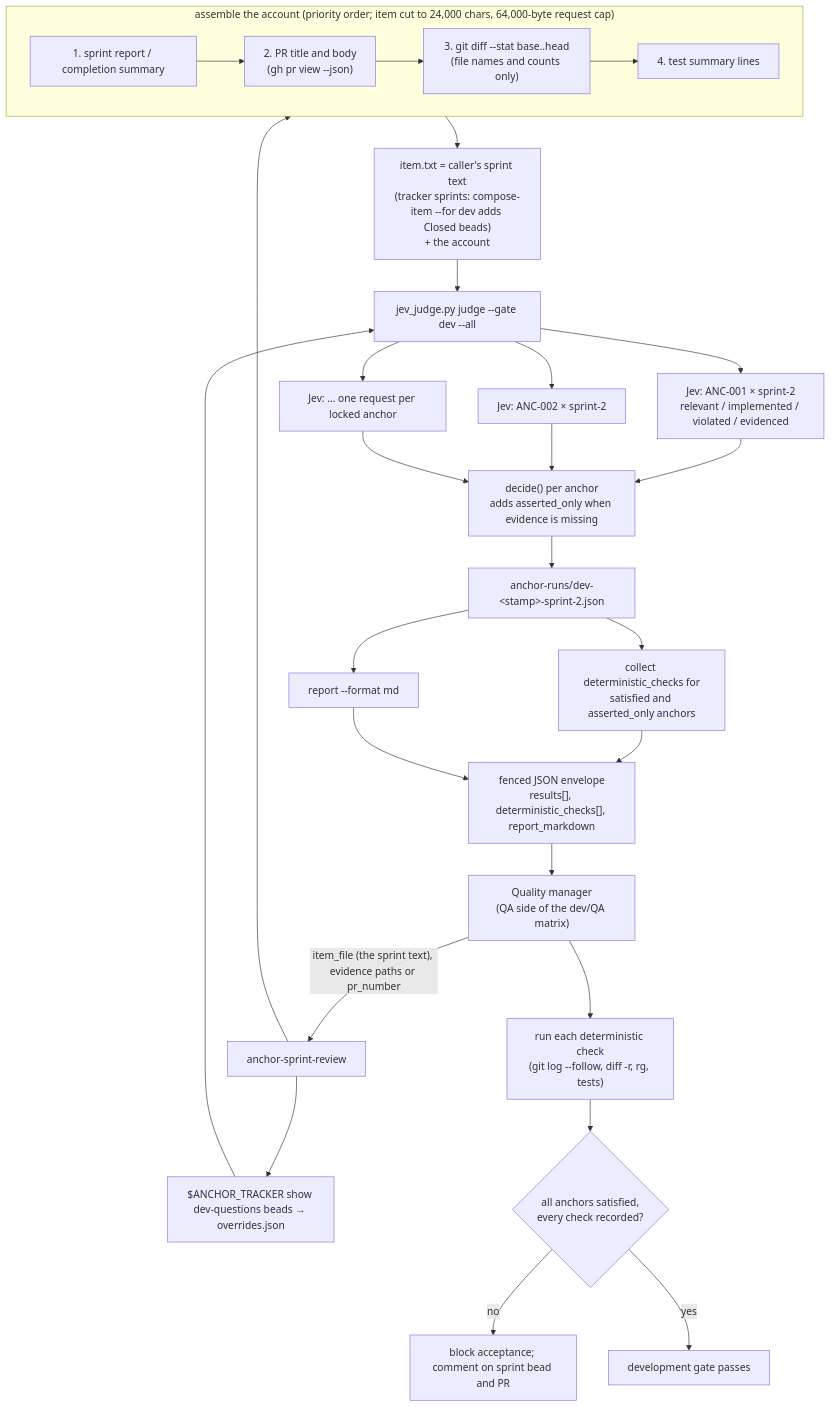
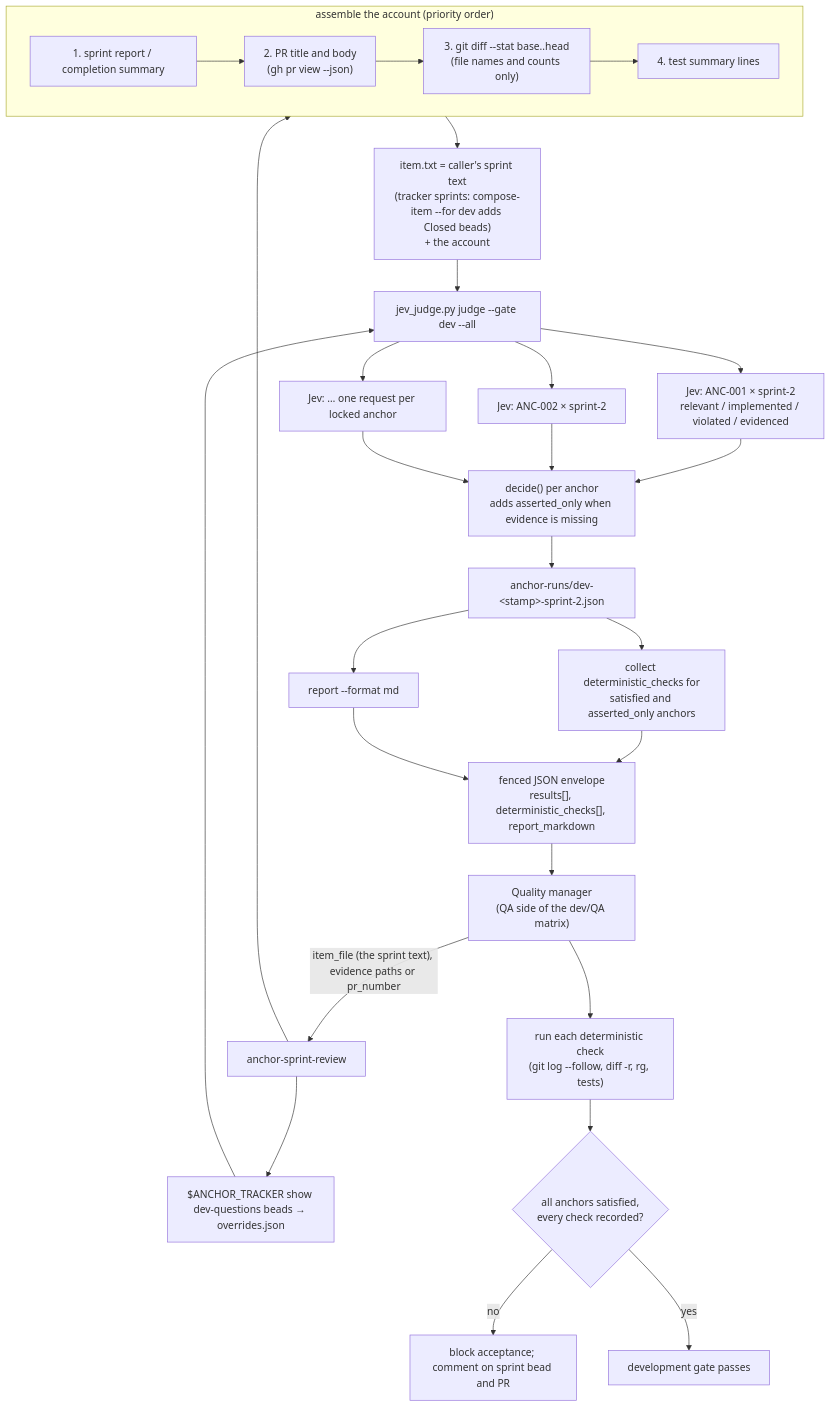
The third of 6 diagrams in docs/design/architecture-and-call-graphs.md (randlee/plan-anchor), drawn with Mermaid before and after one commit. The commit also changed 1 other file, not shown here.

Commit message:
phase-j record trim: keep cap-default constants deleted; pass unused 0 to pinned client; drop doc cap phrase

````diff
--- a/docs/design/architecture-and-call-graphs.md
+++ b/docs/design/architecture-and-call-graphs.md
@@ -122,36 +122,36 @@
 ```mermaid
 flowchart TD
     QM["Quality manager<br/>(QA side of the dev/QA matrix)"]
     QM -- "item_file (the sprint text), evidence paths or pr_number" --> SA["anchor-sprint-review"]
 
-    subgraph Assemble["assemble the account (priority order; item cut to 24,000 chars, 64,000-byte request cap)"]
+    subgraph Assemble["assemble the account (priority order)"]
         E1["1. sprint report / completion summary"]
         E2["2. PR title and body<br/>(gh pr view --json)"]
         E3["3. git diff --stat base..head<br/>(file names and counts only)"]
         E4["4. test summary lines"]
         E1 --> E2 --> E3 --> E4
     end
 
     SA --> Assemble --> Work["item.txt = caller's sprint text<br/>(tracker sprints: compose-item --for dev adds Closed beads)<br/>+ the account"]
     SA --> Ov["$ANCHOR_TRACKER show dev-questions beads → overrides.json"]
     Work --> J["jev_judge.py judge --gate dev --all"]
     Ov --> J
 
     J --> D1["Jev: ANC-001 × sprint-2<br/>relevant / implemented / violated / evidenced"]
     J --> D2["Jev: ANC-002 × sprint-2"]
     J --> Dn["Jev: … one request per locked anchor"]
     D1 --> G["decide() per anchor<br/>adds asserted_only when evidence is missing"]
     D2 --> G
     Dn --> G
     G --> Run["anchor-runs/dev-&lt;stamp&gt;-sprint-2.json"]
     Run --> Checks["collect deterministic_checks for<br/>satisfied and asserted_only anchors"]
     Run --> Rep["report --format md"]
     Checks --> Env["fenced JSON envelope<br/>results[], deterministic_checks[], report_markdown"]
     Rep --> Env
     Env --> QM
 
     QM --> RunChecks["run each deterministic check<br/>(git log --follow, diff -r, rg, tests)"]
     RunChecks --> Decide{"all anchors satisfied,<br/>every check recorded?"}
     Decide -- "no" --> Block["block acceptance; comment on sprint bead and PR"]
     Decide -- "yes" --> Accept["development gate passes"]
 ```
````
